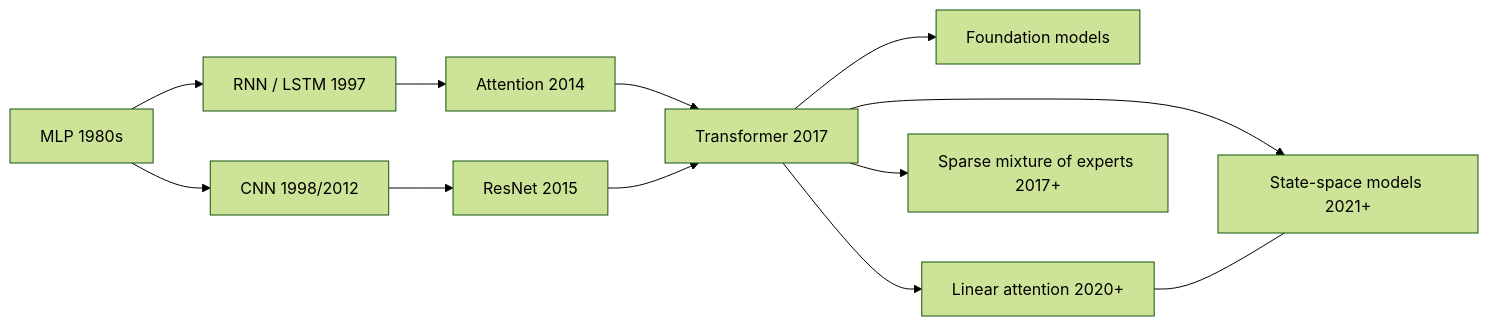
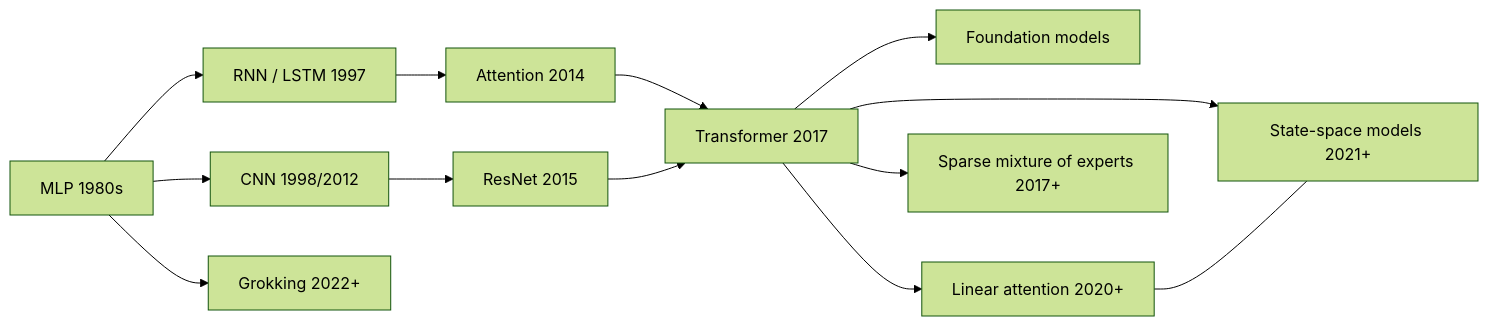
Before and after one commit to marcpoliquin5/understanding-ai: the diagram in docs/02-deep-learning/README.md, drawn with Mermaid (forest theme). The commit also changed other lines of this file and 6 other files, not shown here.

````diff
--- a/docs/02-deep-learning/README.md
+++ b/docs/02-deep-learning/README.md
@@ -17,14 +18,15 @@
 ```mermaid
 flowchart LR
     MLP[MLP 1980s] --> CNN[CNN 1998/2012]
     MLP --> RNN[RNN / LSTM 1997]
     CNN --> ResNet[ResNet 2015]
     RNN --> Attn[Attention 2014]
     Attn --> TF[Transformer 2017]
     ResNet --> TF
     TF --> FM[Foundation models]
     TF --> SSM[State-space models 2021+]
     TF --> LA[Linear attention 2020+]
     LA --- SSM
     TF --> MoE[Sparse mixture of experts 2017+]
+    MLP --> GK[Grokking 2022+]
 ```
````
